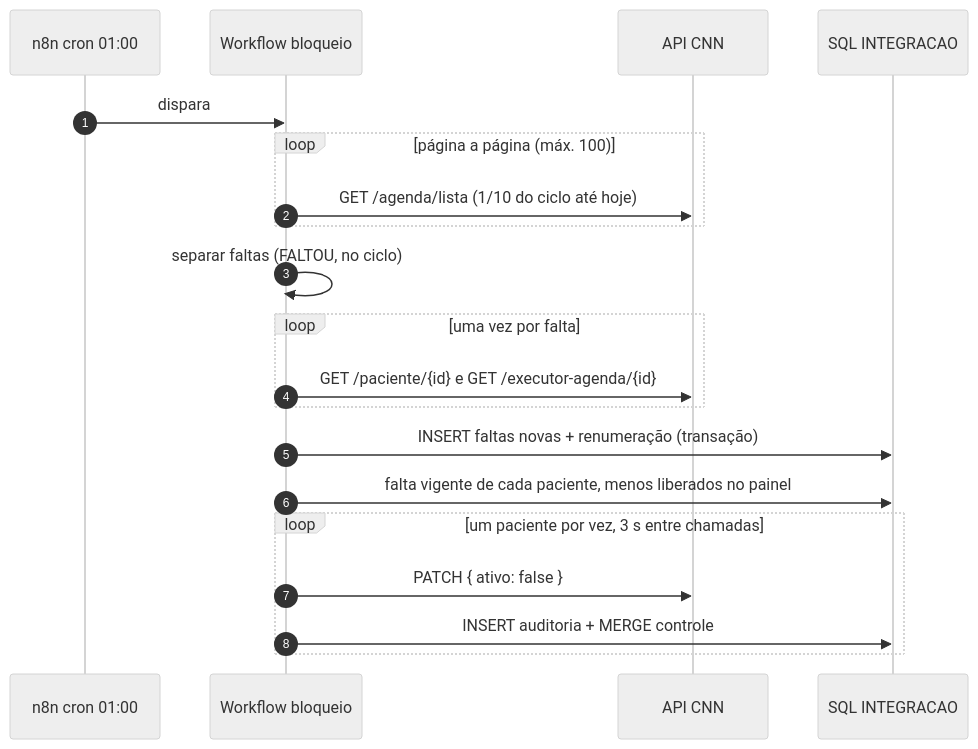
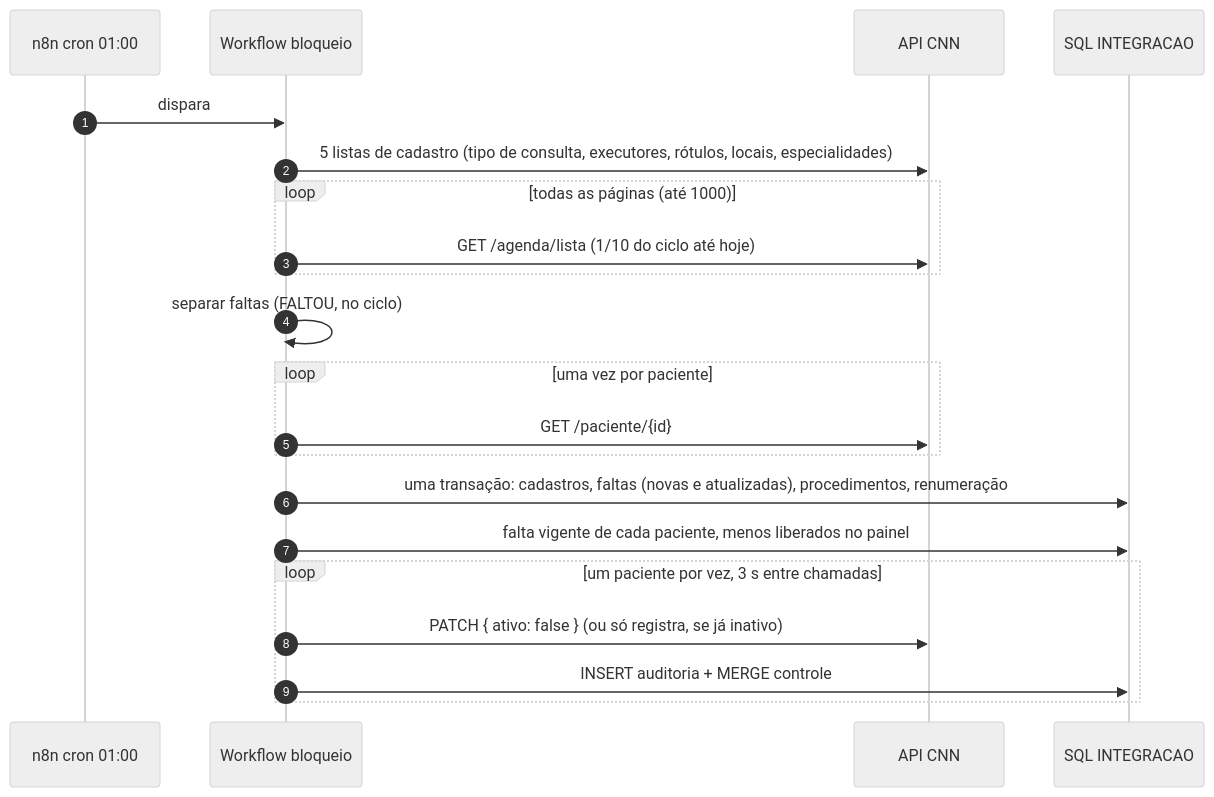
One commit to clariens/painel-integracao-desbloqueio-CNN-web changed the fourth of 6 diagrams in docs/arquitetura.md. Above: the diagram before and after it, drawn with Mermaid (neutral theme). The commit also changed other lines of this file and 41 other files, not shown here.

````diff
--- a/docs/arquitetura.md
+++ b/docs/arquitetura.md
@@ -157,23 +171,24 @@
 ```mermaid
 sequenceDiagram
     autonumber
     participant Cron as n8n cron 01:00
     participant WB as Workflow bloqueio
     participant API as API CNN
     participant DB as SQL INTEGRACAO
 
     Cron->>WB: dispara
-    loop página a página (máx. 100)
+    WB->>API: 5 listas de cadastro (tipo de consulta, executores, rótulos, locais, especialidades)
+    loop todas as páginas (até 1000)
         WB->>API: GET /agenda/lista (1/10 do ciclo até hoje)
     end
     WB->>WB: separar faltas (FALTOU, no ciclo)
-    loop uma vez por falta
-        WB->>API: GET /paciente/{id} e GET /executor-agenda/{id}
+    loop uma vez por paciente
+        WB->>API: GET /paciente/{id}
     end
-    WB->>DB: INSERT faltas novas + renumeração (transação)
+    WB->>DB: uma transação: cadastros, faltas (novas e atualizadas), procedimentos, renumeração
     WB->>DB: falta vigente de cada paciente, menos liberados no painel
     loop um paciente por vez, 3 s entre chamadas
-        WB->>API: PATCH { ativo: false }
+        WB->>API: PATCH { ativo: false } (ou só registra, se já inativo)
         WB->>DB: INSERT auditoria + MERGE controle
     end
 ```
````
